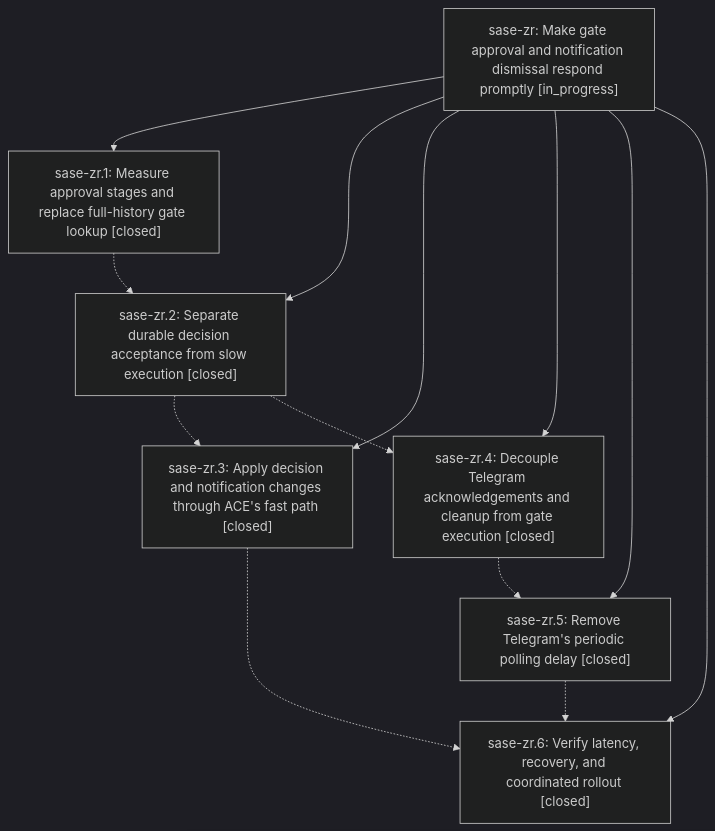
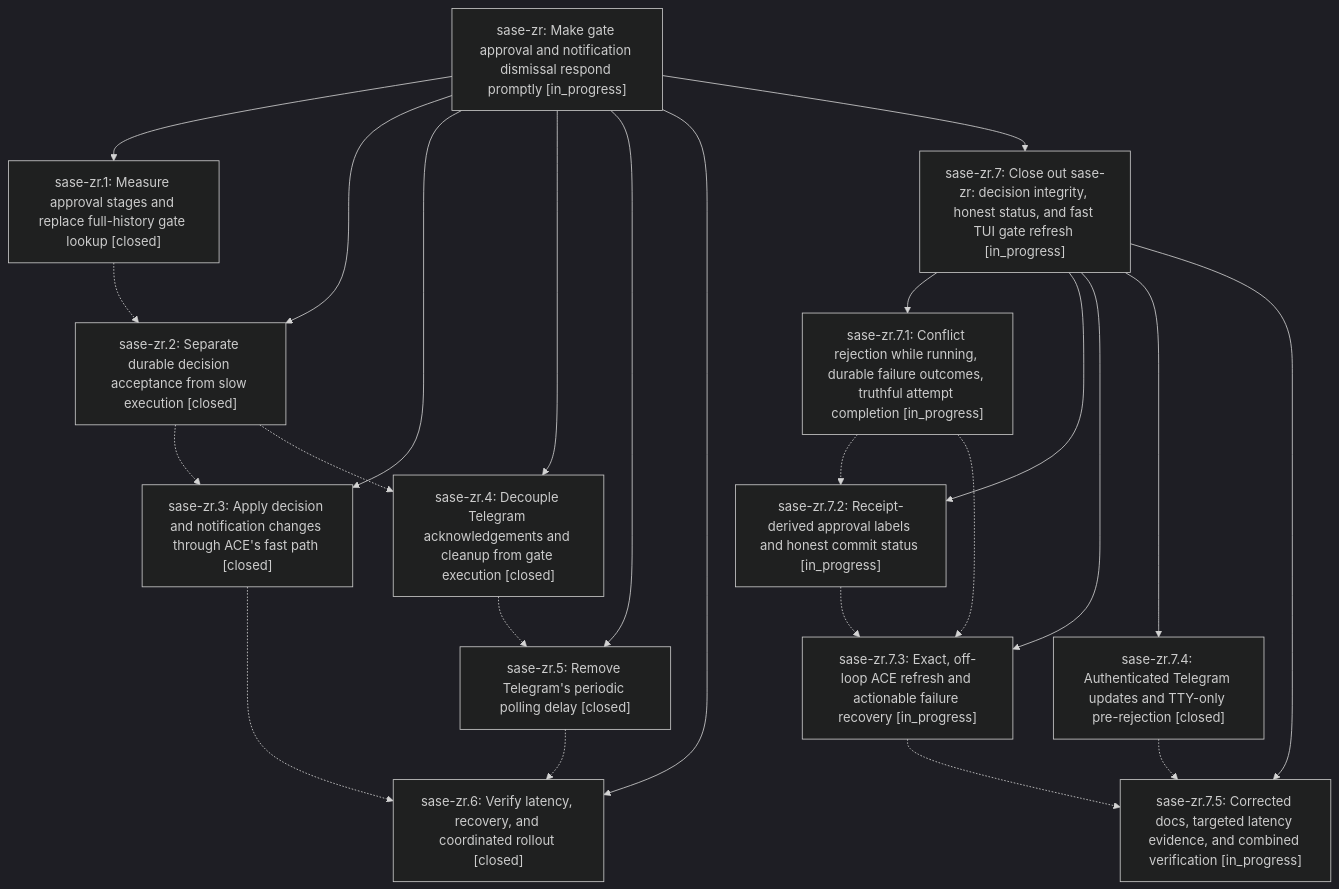
One commit to sase-org/sase--beads changed the diagram in pages/sase-zr/README.md. Above: the diagram before and after it, drawn with Mermaid (dark theme). The commit also changed other lines of this file and 6 other files, not shown here.

````diff
--- a/pages/sase-zr/README.md
+++ b/pages/sase-zr/README.md
@@ -31,22 +80,39 @@
 ```mermaid
 flowchart TD
     n0["sase-zr: Make gate approval and notification dismissal respond promptly [in_progress]"]
     n1["sase-zr.1: Measure approval stages and replace full-history gate lookup [closed]"]
     n2["sase-zr.2: Separate durable decision acceptance from slow execution [closed]"]
     n3["sase-zr.3: Apply decision and notification changes through ACE's fast path [closed]"]
     n4["sase-zr.4: Decouple Telegram acknowledgements and cleanup from gate execution [closed]"]
     n5["sase-zr.5: Remove Telegram's periodic polling delay [closed]"]
     n6["sase-zr.6: Verify latency, recovery, and coordinated rollout [closed]"]
+    n7["sase-zr.7: Close out sase-zr: decision integrity, honest status, and fast TUI gate refresh [in_progress]"]
+    n8["sase-zr.7.1: Conflict rejection while running, durable failure outcomes, truthful attempt completion [in_progress]"]
+    n9["sase-zr.7.2: Receipt-derived approval labels and honest commit status [in_progress]"]
+    n10["sase-zr.7.3: Exact, off-loop ACE refresh and actionable failure recovery [in_progress]"]
+    n11["sase-zr.7.4: Authenticated Telegram updates and TTY-only pre-rejection [closed]"]
+    n12["sase-zr.7.5: Corrected docs, targeted latency evidence, and combined verification [in_progress]"]
     n0 --> n1
     n0 --> n2
     n0 --> n3
     n0 --> n4
     n0 --> n5
     n0 --> n6
+    n0 --> n7
+    n7 --> n8
+    n7 --> n9
+    n7 --> n10
+    n7 --> n11
+    n7 --> n12
     n1 -.-> n2
     n2 -.-> n3
     n2 -.-> n4
     n3 -.-> n6
     n4 -.-> n5
     n5 -.-> n6
+    n8 -.-> n9
+    n8 -.-> n10
+    n9 -.-> n10
+    n10 -.-> n12
+    n11 -.-> n12
 ```
````
